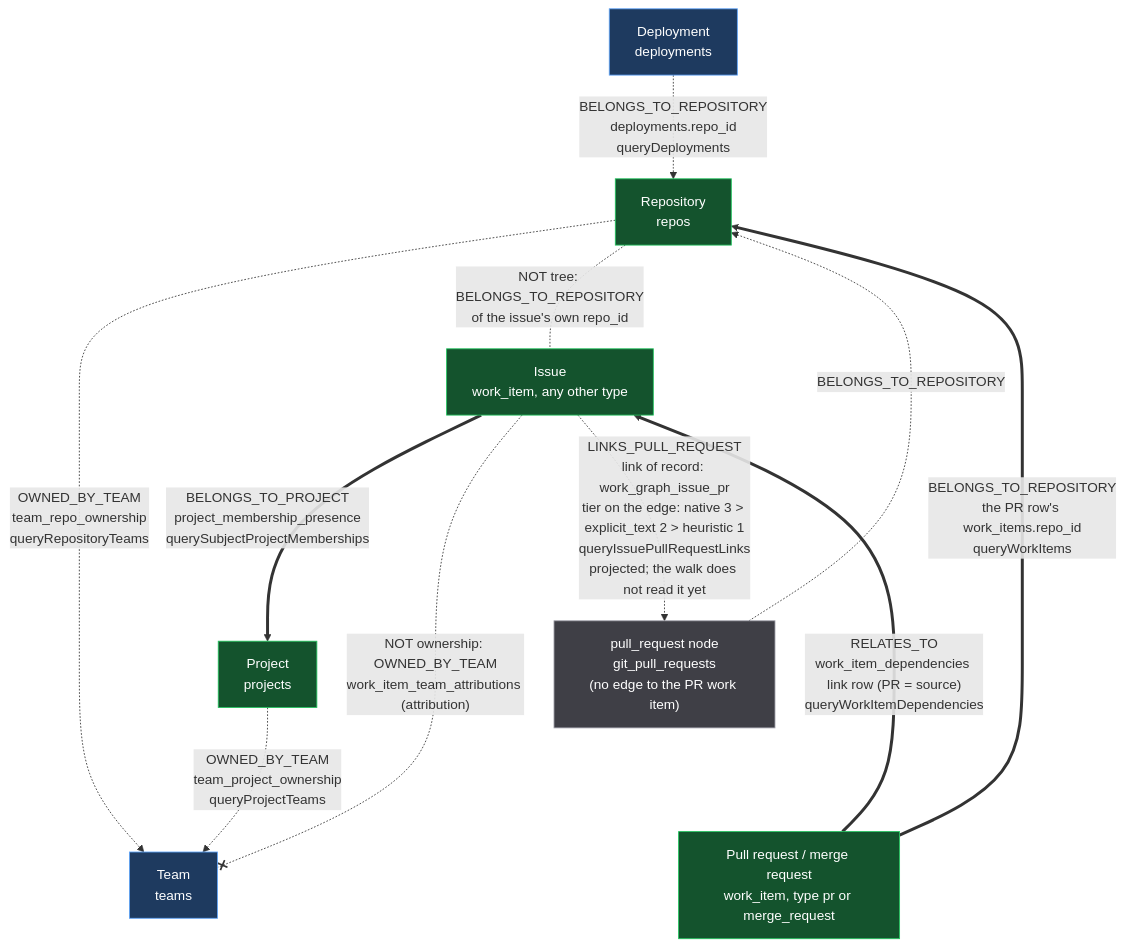
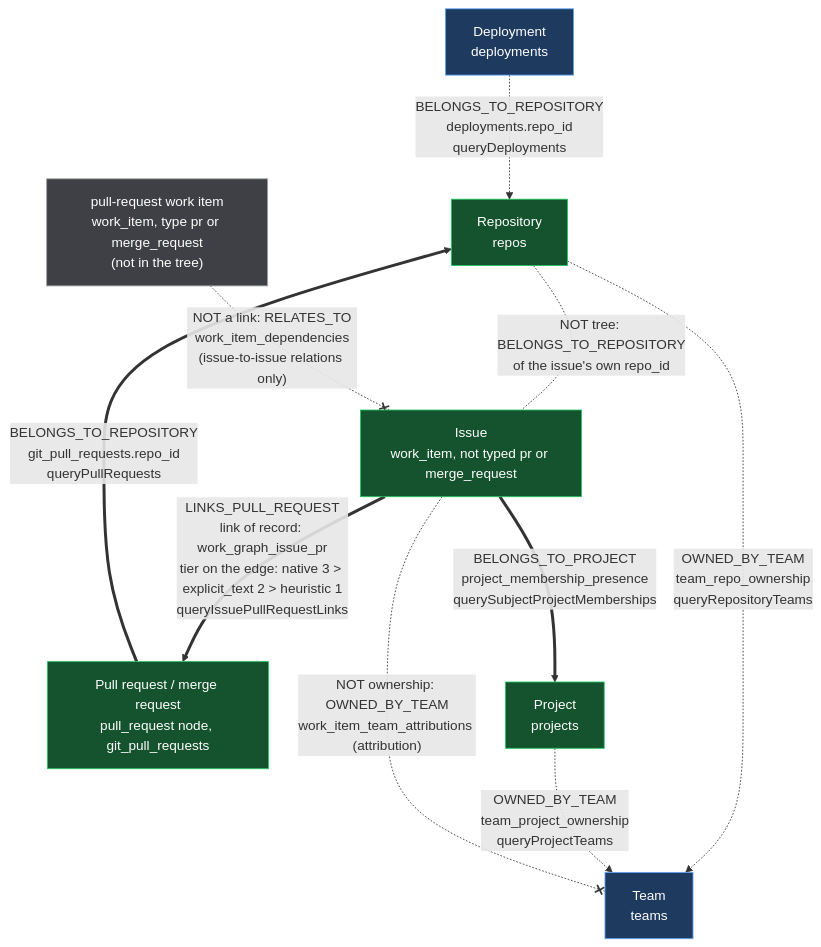
Before and after one commit to full-chaos/dev-health-acr: the third of 24 diagrams in docs/design/context-fabric-architecture-diagrams.md, drawn with Mermaid. The commit also changed other lines of this file and 22 other files, not shown here.

Commit message:
feat(contextfabric): walk the issue to pull request link of record with tier order and the scope-match grant rule

````diff
--- a/docs/design/context-fabric-architecture-diagrams.md
+++ b/docs/design/context-fabric-architecture-diagrams.md
@@ -414,29 +416,27 @@
 ```mermaid
 flowchart TB
   REPO["Repository<br/>repos"]
-  PR["Pull request / merge request<br/>work_item, type pr or merge_request"]
-  ISSUE["Issue<br/>work_item, any other type"]
+  PR["Pull request / merge request<br/>pull_request node, git_pull_requests"]
+  ISSUE["Issue<br/>work_item, not typed pr or merge_request"]
   PROJ["Project<br/>projects"]
   TEAM["Team<br/>teams"]
   DEP["Deployment<br/>deployments"]
-  PRN["pull_request node<br/>git_pull_requests<br/>(no edge to the PR work item)"]
+  PRW["pull-request work item<br/>work_item, type pr or merge_request<br/>(not in the tree)"]
 
-  PR ==>|"BELONGS_TO_REPOSITORY<br/>the PR row's work_items.repo_id<br/>queryWorkItems"| REPO
-  PR ==>|"RELATES_TO<br/>work_item_dependencies link row (PR = source)<br/>queryWorkItemDependencies"| ISSUE
+  PR ==>|"BELONGS_TO_REPOSITORY<br/>git_pull_requests.repo_id<br/>queryPullRequests"| REPO
+  ISSUE ==>|"LINKS_PULL_REQUEST<br/>link of record: work_graph_issue_pr<br/>tier on the edge: native 3 > explicit_text 2 > heuristic 1<br/>queryIssuePullRequestLinks"| PR
   ISSUE ==>|"BELONGS_TO_PROJECT<br/>project_membership_presence<br/>querySubjectProjectMemberships"| PROJ
   REPO -.->|"OWNED_BY_TEAM<br/>team_repo_ownership<br/>queryRepositoryTeams"| TEAM
   PROJ -.->|"OWNED_BY_TEAM<br/>team_project_ownership<br/>queryProjectTeams"| TEAM
   DEP -.->|"BELONGS_TO_REPOSITORY<br/>deployments.repo_id<br/>queryDeployments"| REPO
   REPO x-.-|"NOT tree: BELONGS_TO_REPOSITORY<br/>of the issue's own repo_id"| ISSUE
   ISSUE -.-x|"NOT ownership: OWNED_BY_TEAM<br/>work_item_team_attributions (attribution)"| TEAM
-  PRN -.->|"BELONGS_TO_REPOSITORY"| REPO
-  PRN ~~~ PR
-  ISSUE -.->|"LINKS_PULL_REQUEST<br/>link of record: work_graph_issue_pr<br/>tier on the edge: native 3 > explicit_text 2 > heuristic 1<br/>queryIssuePullRequestLinks<br/>projected; the walk does not read it yet"| PRN
+  PRW -.-x|"NOT a link: RELATES_TO<br/>work_item_dependencies<br/>(issue-to-issue relations only)"| ISSUE
 
   classDef tree fill:#14532d,stroke:#22c55e,color:#ffffff
   classDef leaf fill:#1e3a5f,stroke:#60a5fa,color:#ffffff
   classDef aside fill:#3f3f46,stroke:#a1a1aa,color:#ffffff
   class REPO,PR,ISSUE,PROJ tree
   class TEAM,DEP leaf
-  class PRN aside
+  class PRW aside
 ```
````
